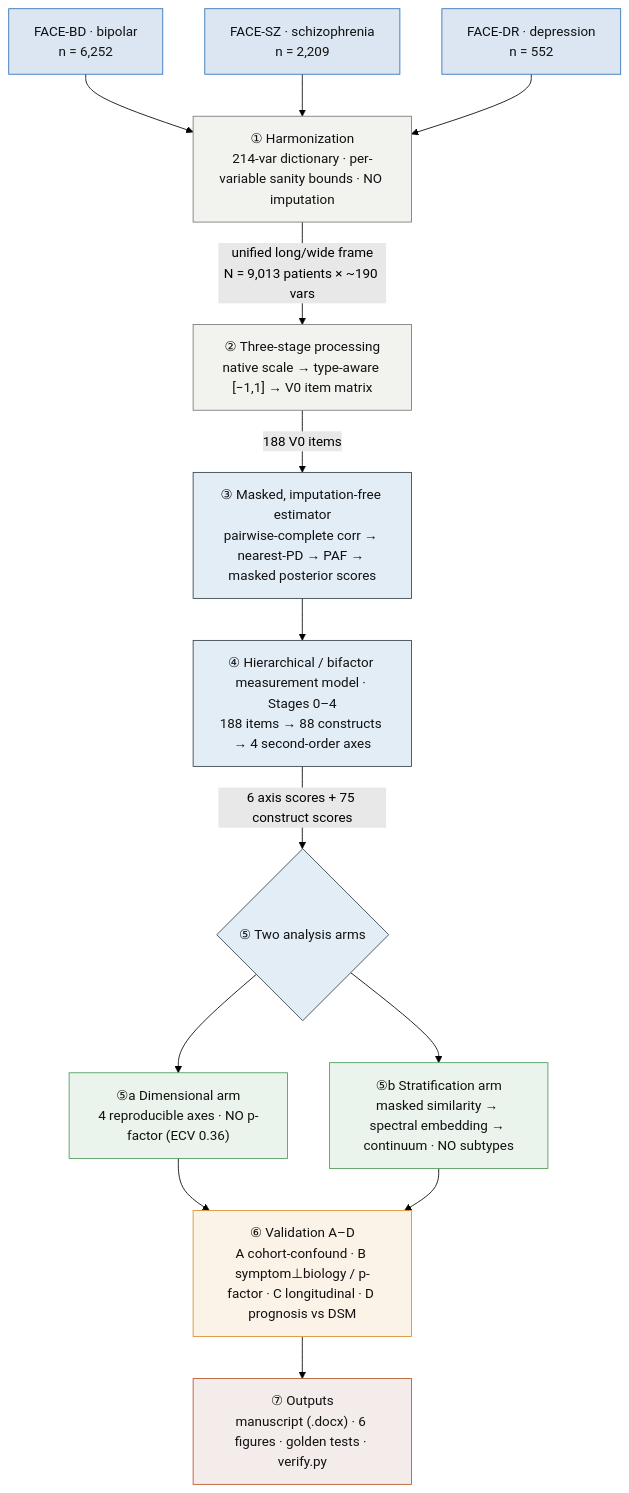
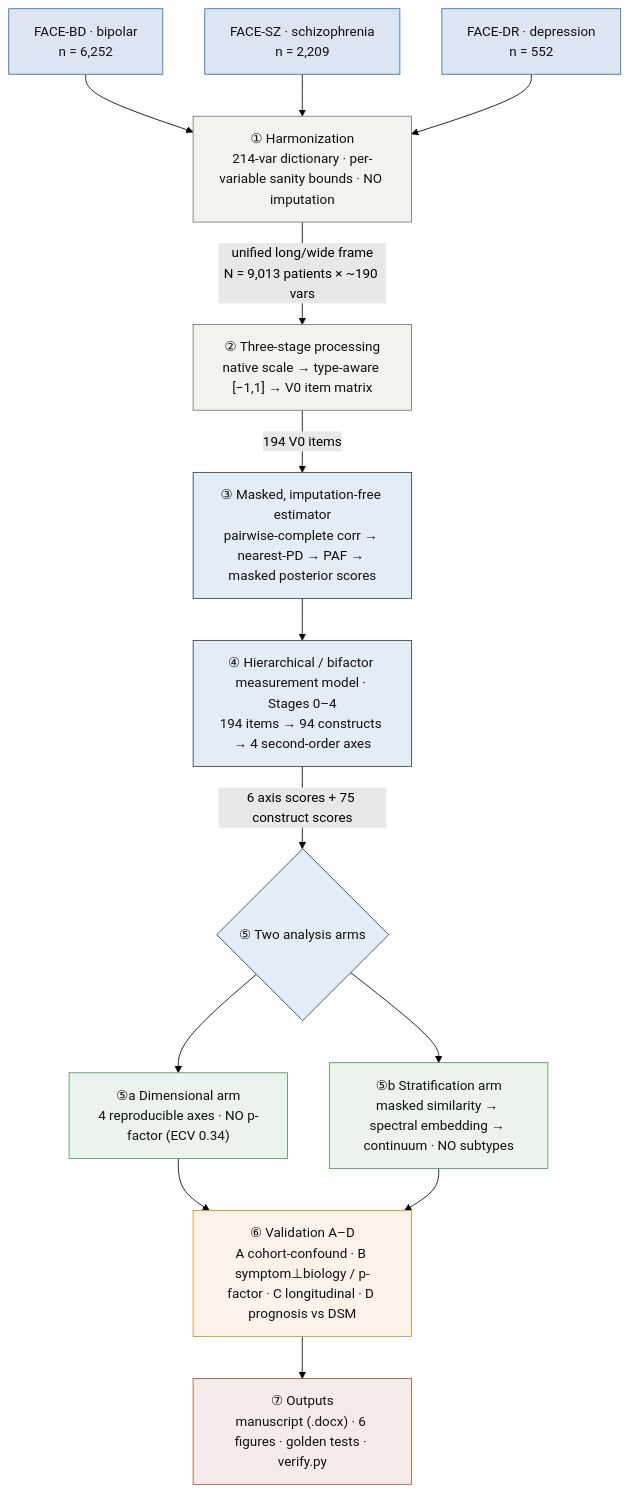
Before and after one commit to AndriiKulakovskyi/face-trans-diagnostic-phenotypes: the first of 10 diagrams in docs/PIPELINE.md, drawn with Mermaid (forest theme). The commit also changed other lines of this file and 8 other files, not shown here.

````diff
--- a/docs/PIPELINE.md
+++ b/docs/PIPELINE.md
@@ -26,33 +26,33 @@
 ```mermaid
 flowchart TB
     classDef data  fill:#DCE6F2,stroke:#2C6FB5,color:#111
     classDef proc  fill:#F2F2EF,stroke:#777,color:#111
     classDef model fill:#E3EDF6,stroke:#33414b,color:#111
     classDef arm   fill:#EAF3EC,stroke:#4E9A5B,color:#111
     classDef val   fill:#FBF3E8,stroke:#D98E2B,color:#111
     classDef out   fill:#F3ECEA,stroke:#B5562B,color:#111
 
     BP["FACE-BD · bipolar<br/>n = 6,252"]:::data
     SZ["FACE-SZ · schizophrenia<br/>n = 2,209"]:::data
     DR["FACE-DR · depression<br/>n = 552"]:::data
 
     BP --> H
     SZ --> H
     DR --> H
 
     H["① Harmonization<br/>214-var dictionary · per-variable sanity bounds · NO imputation"]:::proc
     H -->|"unified long/wide frame<br/>N = 9,013 patients × ~190 vars"| P
     P["② Three-stage processing<br/>native scale → type-aware [−1,1] → V0 item matrix"]:::proc
-    P -->|"188 V0 items"| E
+    P -->|"194 V0 items"| E
     E["③ Masked, imputation-free estimator<br/>pairwise-complete corr → nearest-PD → PAF → masked posterior scores"]:::model
     E --> M
-    M["④ Hierarchical / bifactor measurement model · Stages 0–4<br/>188 items → 88 constructs → 4 second-order axes"]:::model
+    M["④ Hierarchical / bifactor measurement model · Stages 0–4<br/>194 items → 94 constructs → 4 second-order axes"]:::model
     M -->|"6 axis scores + 75 construct scores"| ARM{"⑤ Two analysis arms"}
     ARM:::model
-    ARM --> DIMA["⑤a Dimensional arm<br/>4 reproducible axes · NO p-factor (ECV 0.36)"]:::arm
+    ARM --> DIMA["⑤a Dimensional arm<br/>4 reproducible axes · NO p-factor (ECV 0.34)"]:::arm
     ARM --> STRA["⑤b Stratification arm<br/>masked similarity → spectral embedding → continuum · NO subtypes"]:::arm
     DIMA --> V
     STRA --> V
     V["⑥ Validation A–D<br/>A cohort-confound · B symptom⊥biology / p-factor · C longitudinal · D prognosis vs DSM"]:::val
     V --> O["⑦ Outputs<br/>manuscript (.docx) · 6 figures · golden tests · verify.py"]:::out
 ```
````
